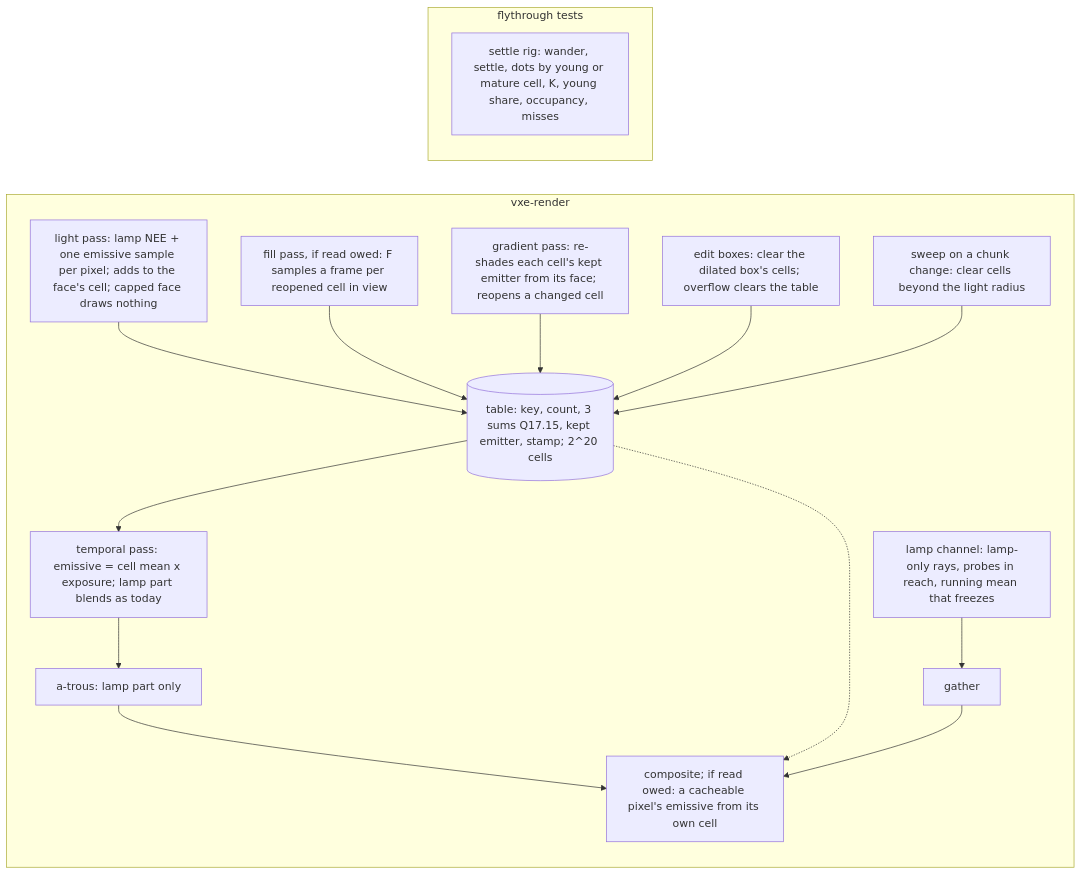
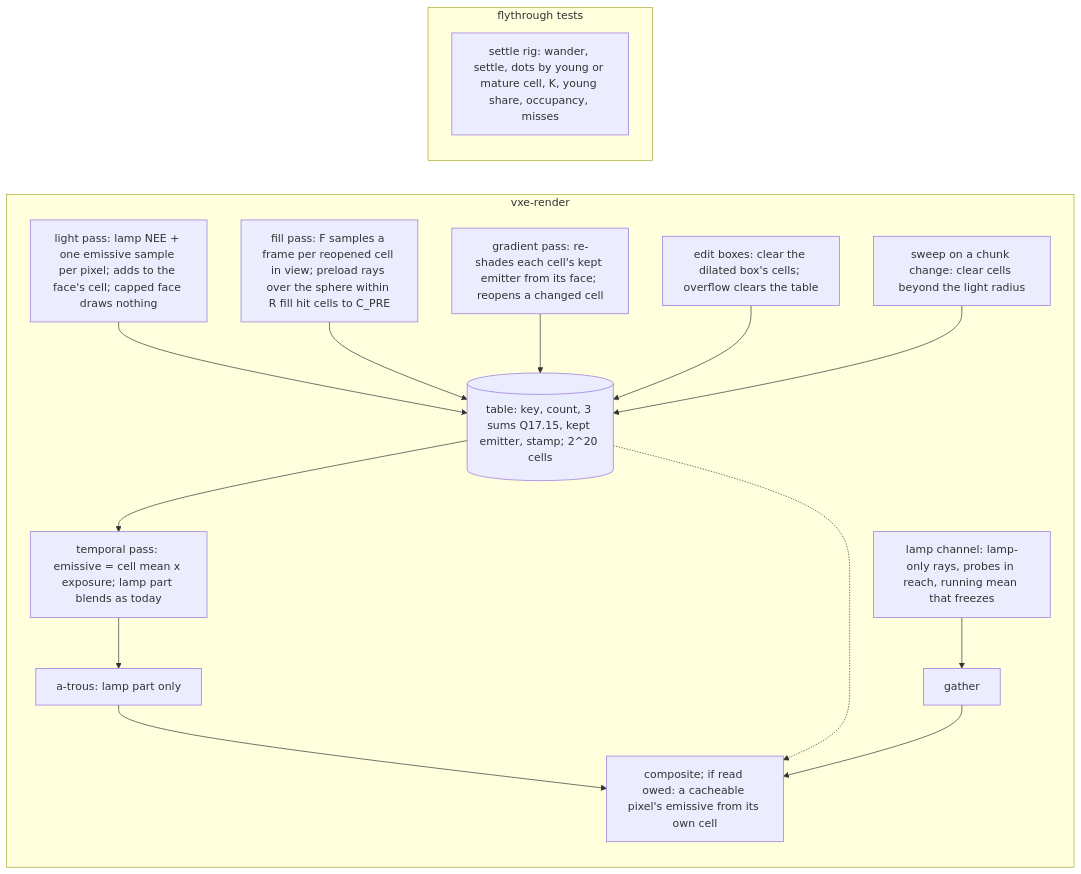
One commit to IgorKonovalov/voxel-engine changed the diagram in docs/plans/0057-steady-light-the-per-face-table-as-the-emissive-store-and-a-lamp-bounce-channel.md. Above: the diagram before and after it, drawn with Mermaid. The commit also changed other lines of this file, not shown here.

First line of the commit message:
docs(plans): amend plan 0057 with the camera-radius preload the owner asked for

````diff
--- a/docs/plans/0057-steady-light-the-per-face-table-as-the-emissive-store-and-a-lamp-bounce-channel.md
+++ b/docs/plans/0057-steady-light-the-per-face-table-as-the-emissive-store-and-a-lamp-bounce-channel.md
@@ -146,17 +180,17 @@
 ```mermaid
 flowchart LR
     subgraph vxe-render
         LP[light pass: lamp NEE + one emissive sample per pixel; adds to the face's cell; capped face draws nothing] --> T[(table: key, count, 3 sums Q17.15, kept emitter, stamp; 2^20 cells)]
-        FP[fill pass, if read owed: F samples a frame per reopened cell in view] --> T
+        FP[fill pass: F samples a frame per reopened cell in view; preload rays over the sphere within R fill hit cells to C_PRE] --> T
         G[gradient pass: re-shades each cell's kept emitter from its face; reopens a changed cell] --> T
         E[edit boxes: clear the dilated box's cells; overflow clears the table] --> T
         S[sweep on a chunk change: clear cells beyond the light radius] --> T
         T --> TP[temporal pass: emissive = cell mean x exposure; lamp part blends as today]
         TP --> AT[a-trous: lamp part only] --> C[composite; if read owed: a cacheable pixel's emissive from its own cell]
         T -.-> C
         PU[lamp channel: lamp-only rays, probes in reach, running mean that freezes] --> PG[gather] --> C
     end
     subgraph flythrough tests
         R[settle rig: wander, settle, dots by young or mature cell, K, young share, occupancy, misses]
     end
 ```
````
